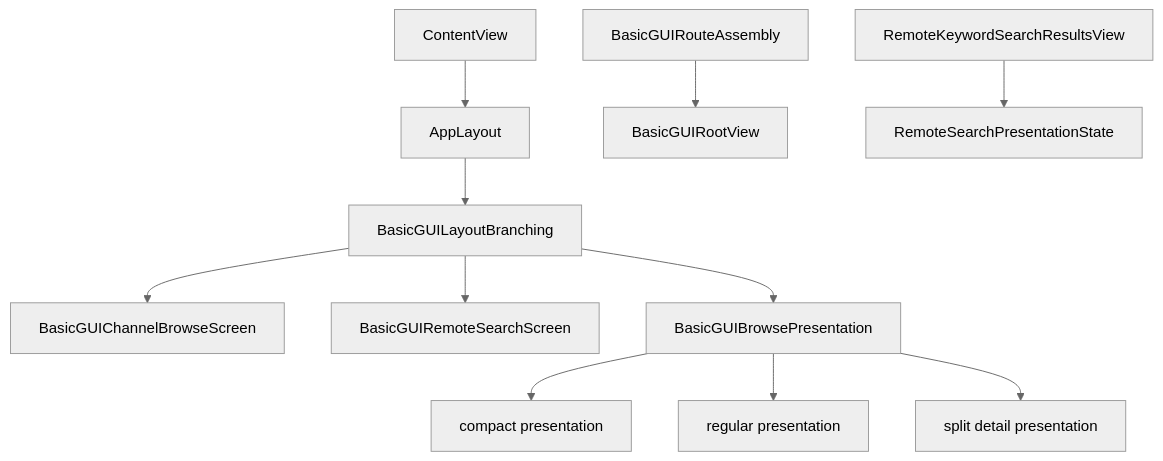
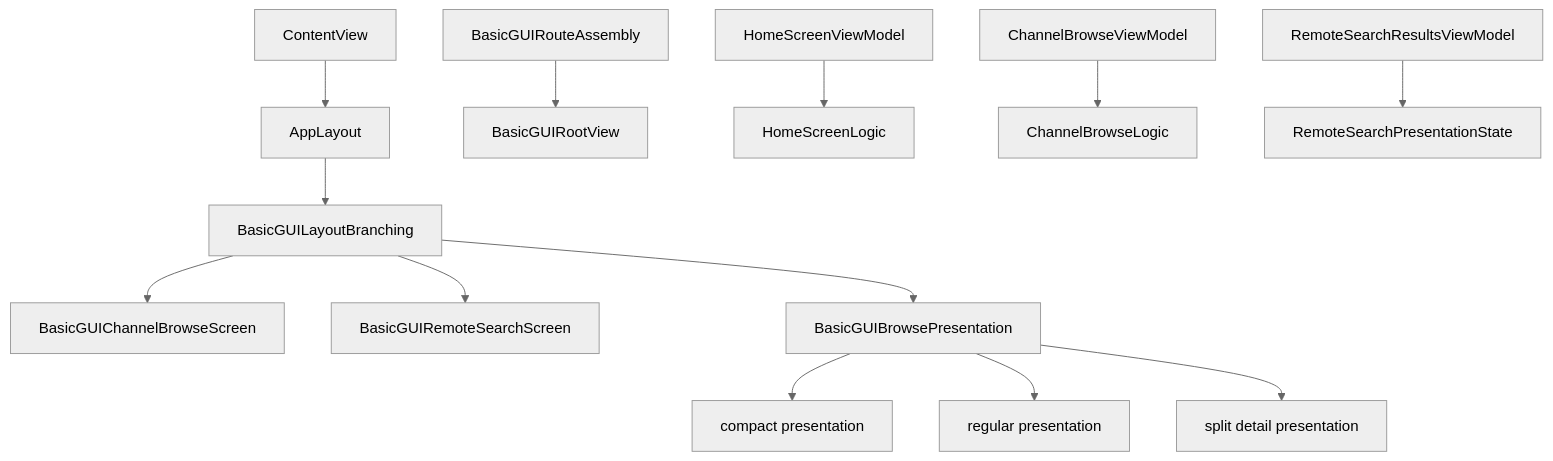
Before and after one commit to horikuma/YoutubeFeeder: the third of 6 diagrams in docs/human-view/design-overview.md, drawn with Mermaid (neutral theme). The commit also changed other lines of this file and 2 other files, not shown here.

````diff
--- a/docs/human-view/design-overview.md
+++ b/docs/human-view/design-overview.md
@@ -66,13 +67,15 @@
 ```mermaid
 flowchart TD
     ContentView["ContentView"] --> AppLayout["AppLayout"]
     AppLayout --> LayoutBranching["BasicGUILayoutBranching"]
     RouteAssembly["BasicGUIRouteAssembly"] --> RootComposition["BasicGUIRootView"]
     LayoutBranching --> ChannelBrowseScreen["BasicGUIChannelBrowseScreen"]
     LayoutBranching --> RemoteSearchScreen["BasicGUIRemoteSearchScreen"]
     LayoutBranching --> BrowsePresentation["BasicGUIBrowsePresentation"]
-    RemoteSearchView["RemoteKeywordSearchResultsView"] --> RemoteSearchState["RemoteSearchPresentationState"]
+    HomeViewModel["HomeScreenViewModel"] --> HomeLogic["HomeScreenLogic"]
+    ChannelBrowseViewModel["ChannelBrowseViewModel"] --> ChannelBrowseLogic["ChannelBrowseLogic"]
+    RemoteSearchViewModel["RemoteSearchResultsViewModel"] --> RemoteSearchState["RemoteSearchPresentationState"]
     BrowsePresentation --> Compact["compact presentation"]
     BrowsePresentation --> Regular["regular presentation"]
     BrowsePresentation --> SplitDetail["split detail presentation"]
 ```
````
